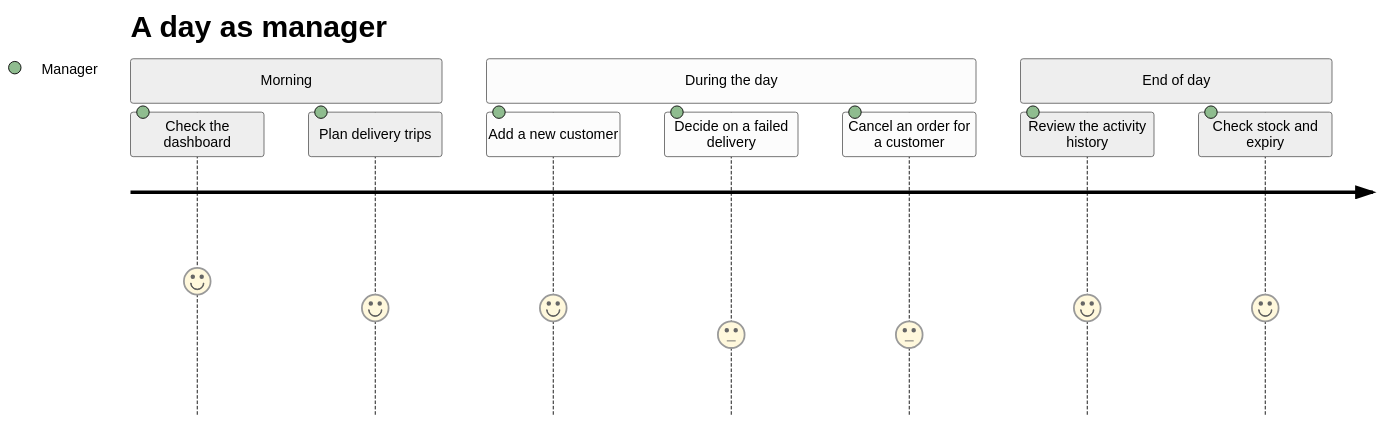
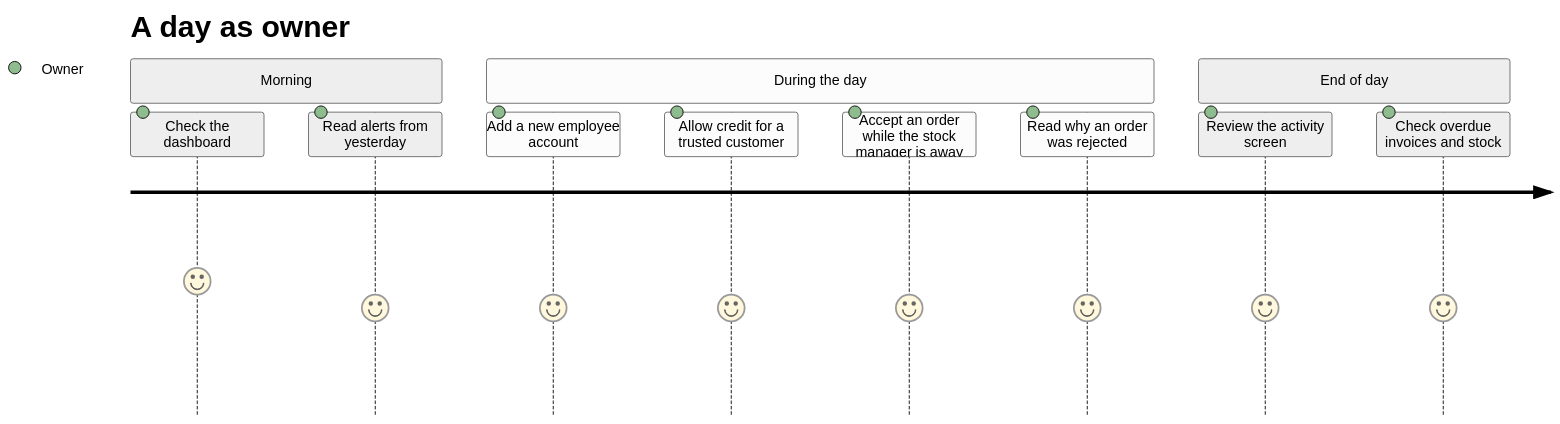
The sixth of 7 diagrams in docs/journeys/02-employee-journeys.md (AhmedElnagarUU/Cosmo), drawn with Mermaid (neutral theme) before and after one commit. The commit also changed other lines of this file and 33 other files, not shown here.

First line of the commit message:
Update plan: manual order acceptance, new roles, payment confirmation

````diff
--- a/docs/journeys/02-employee-journeys.md
+++ b/docs/journeys/02-employee-journeys.md
@@ -93,14 +119,15 @@
 ```mermaid
 journey
-    title A day as manager
+    title A day as owner
     section Morning
-      Check the dashboard: 5: Manager
-      Plan delivery trips: 4: Manager
+      Check the dashboard: 5: Owner
+      Read alerts from yesterday: 4: Owner
     section During the day
-      Add a new customer: 4: Manager
-      Decide on a failed delivery: 3: Manager
-      Cancel an order for a customer: 3: Manager
+      Add a new employee account: 4: Owner
+      Allow credit for a trusted customer: 4: Owner
+      Accept an order while the stock manager is away: 4: Owner
+      Read why an order was rejected: 4: Owner
     section End of day
-      Review the activity history: 4: Manager
-      Check stock and expiry: 4: Manager
+      Review the activity screen: 4: Owner
+      Check overdue invoices and stock: 4: Owner
 ```
````
